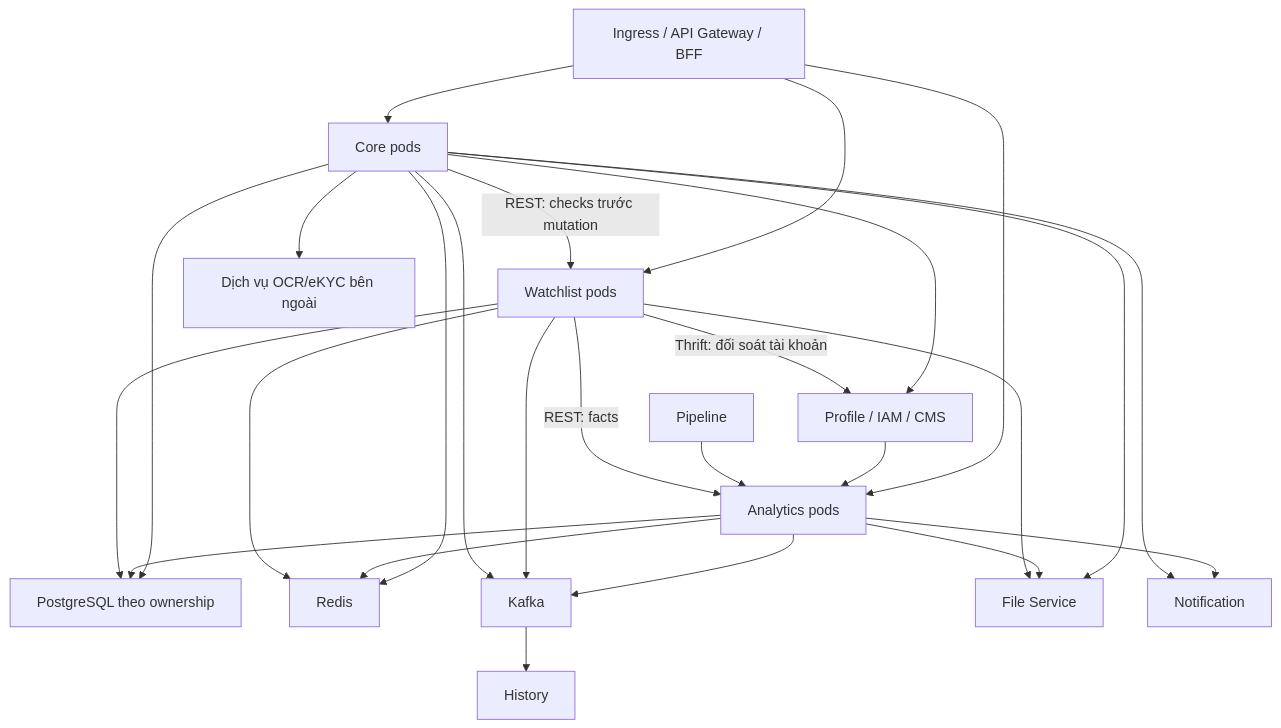
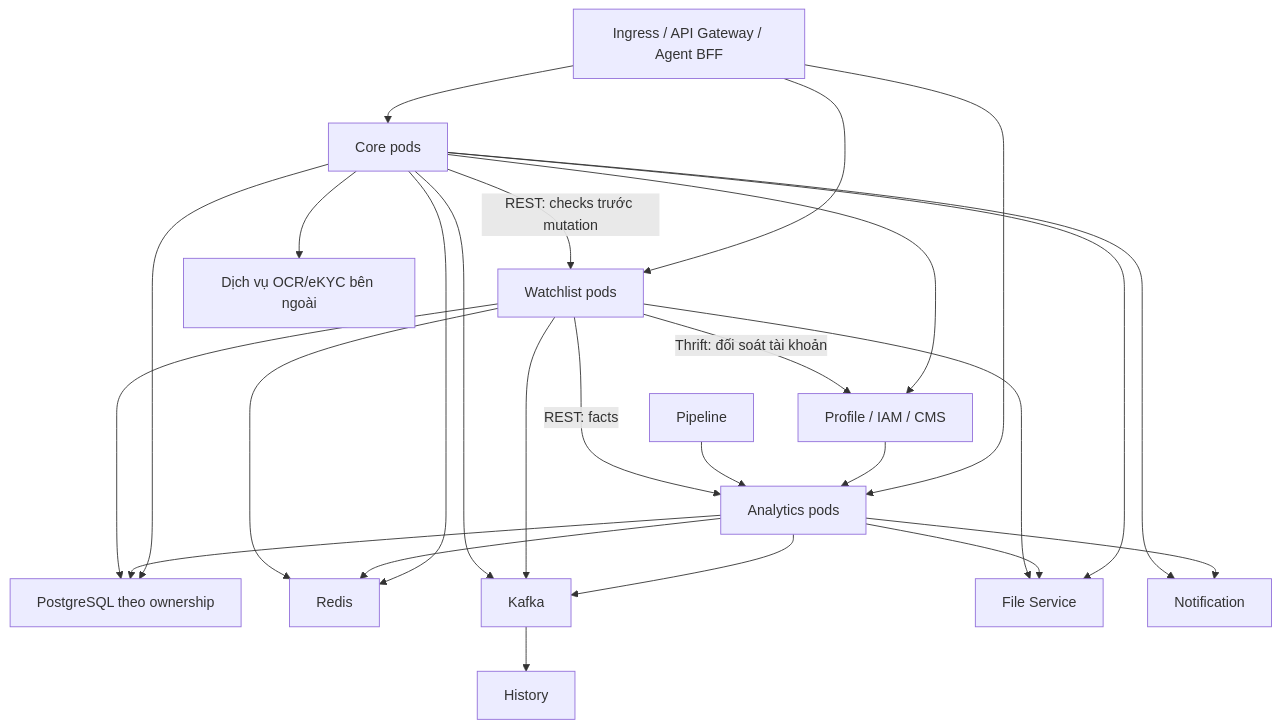
The diagram in cobroker/diagrams/cobroker-12.mmd (huynv-xyz/vhm-tdd), drawn with Mermaid before and after one commit. The commit also changed 10 other files, not shown here.

Commit message:
docs: identify Agent BFF as the single BFF

```diff
--- a/cobroker/diagrams/cobroker-12.mmd
+++ b/cobroker/diagrams/cobroker-12.mmd
@@ -1,26 +1,26 @@
 flowchart TB
-    G["Ingress / API Gateway / BFF"] --> C["Core pods"]
+    G["Ingress / API Gateway / Agent BFF"] --> C["Core pods"]
     G --> A["Analytics pods"]
     G --> W["Watchlist pods"]
     C -->|"REST: checks trước mutation"| W
     C --> E["Dịch vụ OCR/eKYC bên ngoài"]
     C --> DB["PostgreSQL theo ownership"]
     A --> DB
     W --> DB
     C --> R["Redis"]
     A --> R
     W --> R
     A --> K["Kafka"]
     W --> K
     C --> K
     C --> P["Profile / IAM / CMS"]
     W -->|"Thrift: đối soát tài khoản"| P
     P --> A
     PL["Pipeline"] --> A
     W -->|"REST: facts"| A
     C --> F["File Service"]
     A --> F
     W --> F
     A --> N["Notification"]
     C --> N
     K --> H["History"]
```
